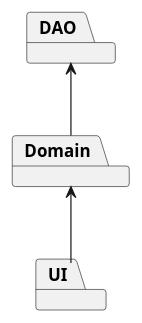
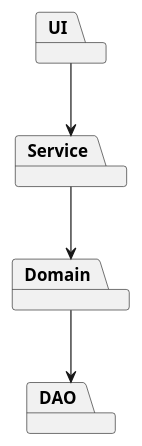
One commit to maxurtutor/tutor-ddd changed the diagram in src/main/java/org/maxur/ddd/packages.puml. Above: the diagram before and after it, drawn with PlantUML. The commit also changed 35 other files, not shown here.

```diff
--- a/src/main/java/org/maxur/ddd/packages.puml
+++ b/src/main/java/org/maxur/ddd/packages.puml
@@ -1,7 +1,9 @@
 @startuml
+package UI
+package Service
+package Domain
 package DAO
-package Domain
-package UI
-Domain <-- UI
-DAO <-- Domain
+UI --> Service
+Service --> Domain
+Domain --> DAO
 @enduml
```
